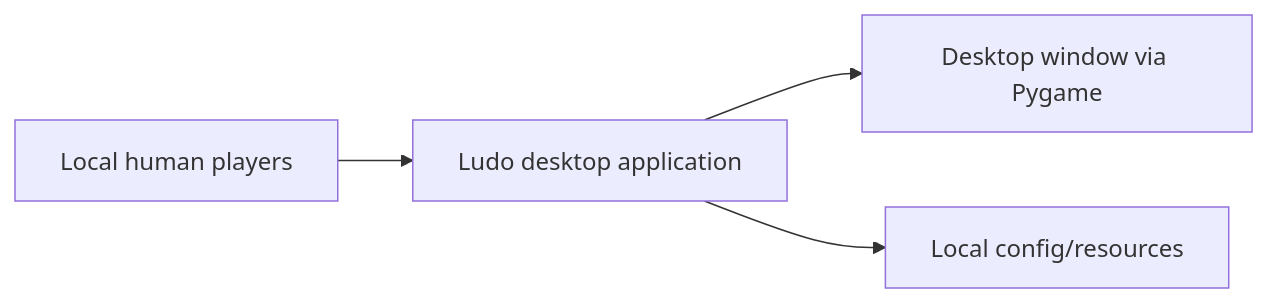
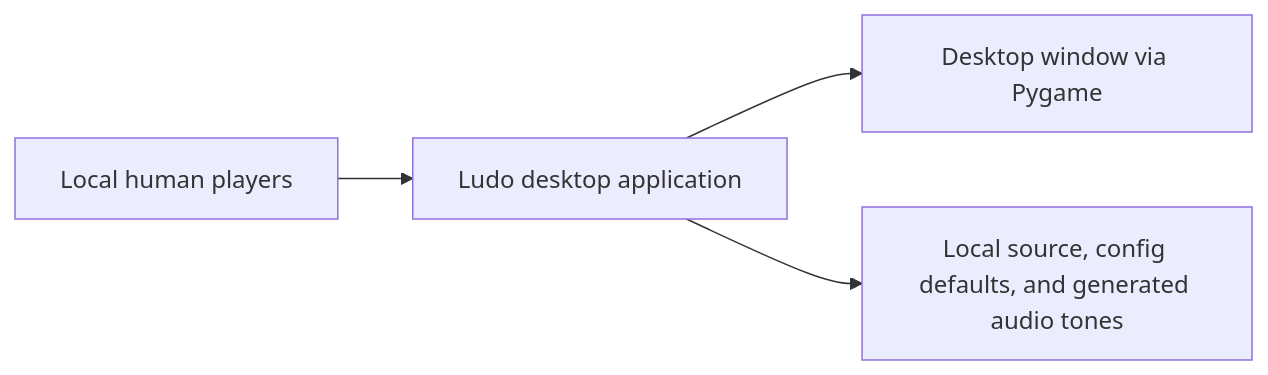
One commit to bitarfahed/Ludo-game changed the first of 4 diagrams in docs/PLAN.md. Above: the diagram before and after it, drawn with Mermaid. The commit also changed other lines of this file and 7 other files, not shown here.

````diff
--- a/docs/PLAN.md
+++ b/docs/PLAN.md
@@ -86,6 +97,6 @@
 ```mermaid
 flowchart LR
     Player[Local human players] --> App[Ludo desktop application]
     App --> Display[Desktop window via Pygame]
-    App --> Files[Local config/resources]
+    App --> Local[Local source, config defaults, and generated audio tones]
 ```
````
